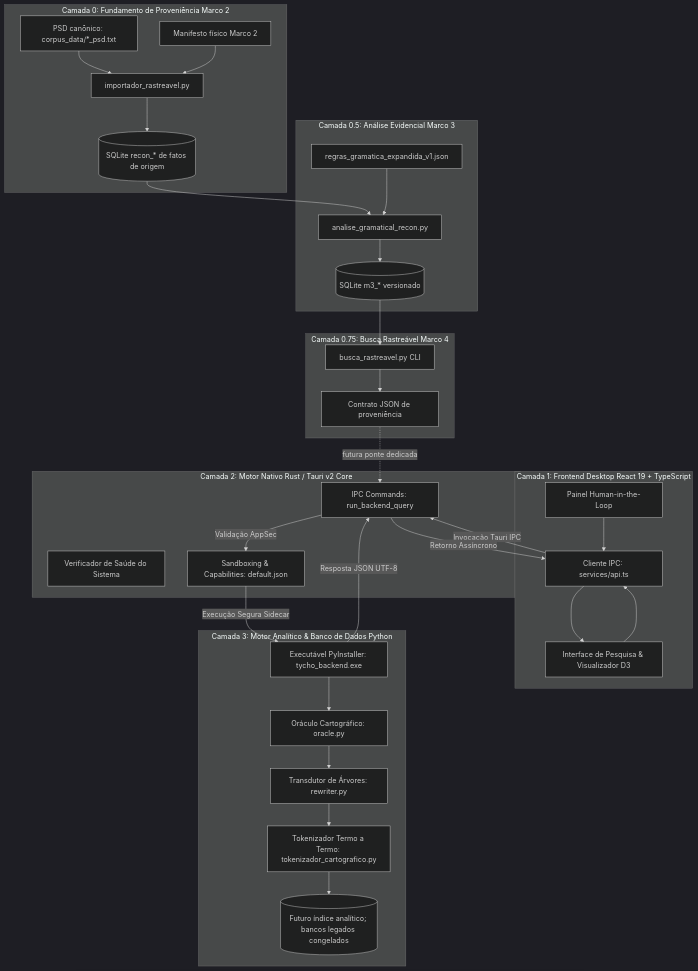
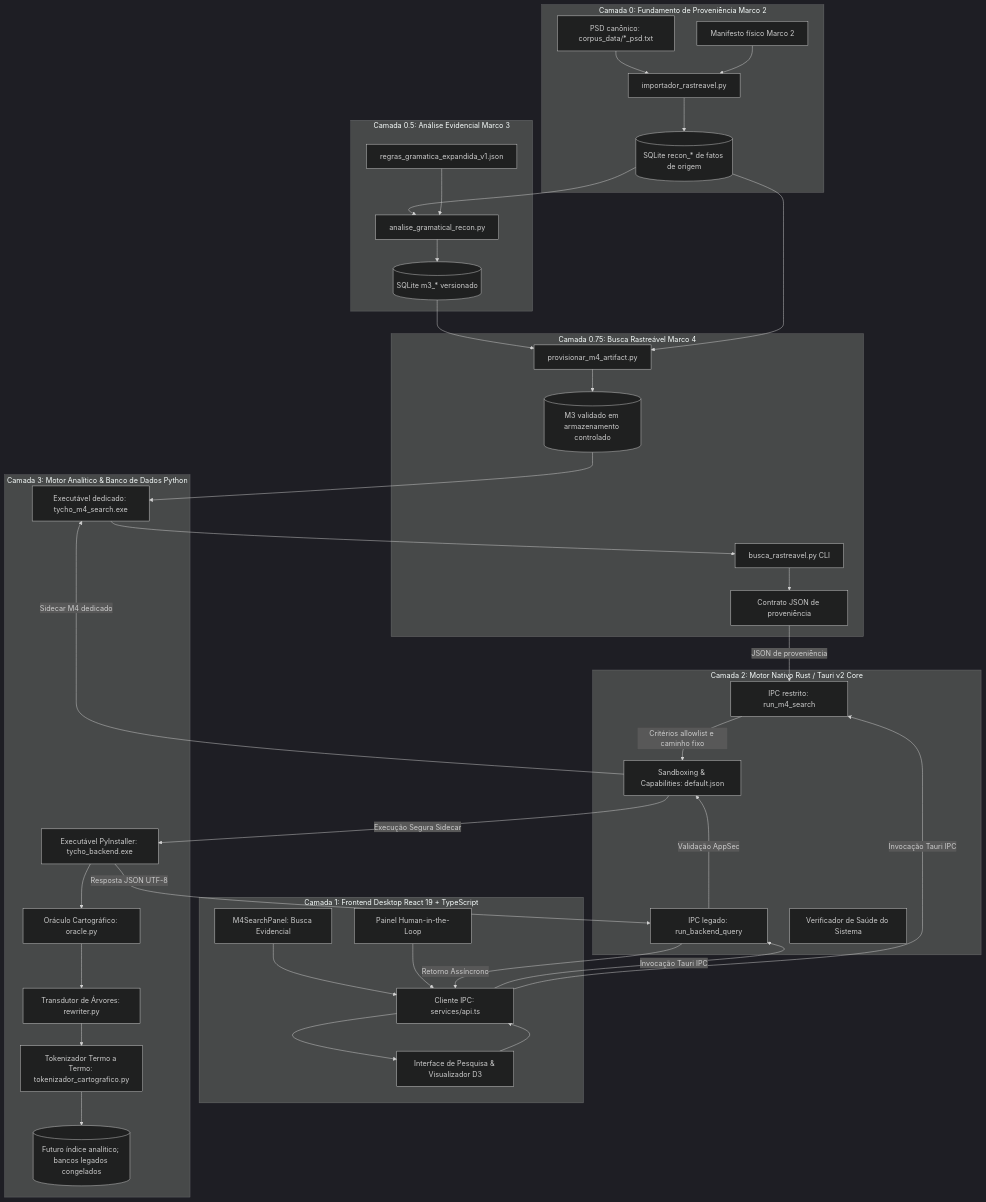
Before and after one commit to blightghp/tycho-brahe-corpus-search: the diagram in docs/ARQUITETURA_DO_SISTEMA.md, drawn with Mermaid (dark theme). The commit also changed other lines of this file and 24 other files, not shown here.

````diff
--- a/docs/ARQUITETURA_DO_SISTEMA.md
+++ b/docs/ARQUITETURA_DO_SISTEMA.md
@@ -20,62 +21,75 @@
 ```mermaid
 graph TD
     subgraph DataFoundation [Camada 0: Fundamento de Proveniência Marco 2]
         PSD[PSD canônico: corpus_data/*_psd.txt]
         Manifest[Manifesto físico Marco 2]
         Importer[importador_rastreavel.py]
         Recon[(SQLite recon_* de fatos de origem)]
     end
 
     subgraph EvidenceLayer [Camada 0.5: Análise Evidencial Marco 3]
         Rules[regras_gramatica_expandida_v1.json]
         Analyzer[analise_gramatical_recon.py]
         M3[(SQLite m3_* versionado)]
     end
 
     subgraph SearchLayer [Camada 0.75: Busca Rastreável Marco 4]
         M4Search[busca_rastreavel.py CLI]
         M4Contract[Contrato JSON de proveniência]
+        M4Provisioner[provisionar_m4_artifact.py]
+        M3Controlled[(M3 validado em armazenamento controlado)]
     end
 
     subgraph Frontend [Camada 1: Frontend Desktop React 19 + TypeScript]
         UI[Interface de Pesquisa & Visualizador D3]
+        M4Panel[M4SearchPanel: Busca Evidencial]
         HitL[Painel Human-in-the-Loop]
         API[Cliente IPC: services/api.ts]
     end
 
     subgraph RustCore [Camada 2: Motor Nativo Rust / Tauri v2 Core]
-        Handler[IPC Commands: run_backend_query]
+        Handler[IPC legado: run_backend_query]
+        M4Handler[IPC restrito: run_m4_search]
         Health[Verificador de Saúde do Sistema]
         Sandbox[Sandboxing & Capabilities: default.json]
     end
 
     subgraph PythonBackend [Camada 3: Motor Analítico & Banco de Dados Python]
         Sidecar[Executável PyInstaller: tycho_backend.exe]
+        M4Sidecar[Executável dedicado: tycho_m4_search.exe]
         Oracle[Oráculo Cartográfico: oracle.py]
         Rewriter[Transdutor de Árvores: rewriter.py]
         Tokenizer[Tokenizador Termo a Termo: tokenizador_cartografico.py]
         DB[(Futuro índice analítico; bancos legados congelados)]
     end
 
     PSD --> Importer
     Manifest --> Importer
     Importer --> Recon
     Recon --> Analyzer
     Rules --> Analyzer
     Analyzer --> M3
-    M3 --> M4Search
+    M3 --> M4Provisioner
+    Recon --> M4Provisioner
+    M4Provisioner --> M3Controlled
+    M3Controlled --> M4Sidecar
+    M4Sidecar --> M4Search
     M4Search --> M4Contract
     UI --> API
+    M4Panel --> API
     HitL --> API
     API -- Invocação Tauri IPC --> Handler
+    API -- Invocação Tauri IPC --> M4Handler
     Handler -- Validação AppSec --> Sandbox
+    M4Handler -- Critérios allowlist e caminho fixo --> Sandbox
     Sandbox -- Execução Segura Sidecar --> Sidecar
+    Sandbox -- Sidecar M4 dedicado --> M4Sidecar
     Sidecar --> Oracle
     Oracle --> Rewriter
     Rewriter --> Tokenizer
     Tokenizer --> DB
-    M4Contract -. futura ponte dedicada .-> Handler
+    M4Contract -- JSON de proveniência --> M4Handler
     Sidecar -- Resposta JSON UTF-8 --> Handler
     Handler -- Retorno Assíncrono --> API
     API --> UI
 ```
````
